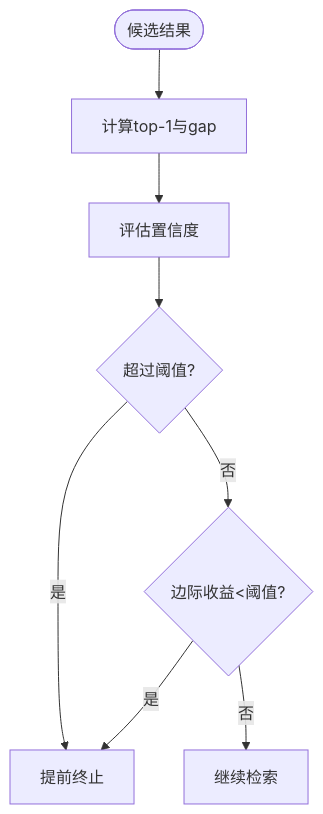
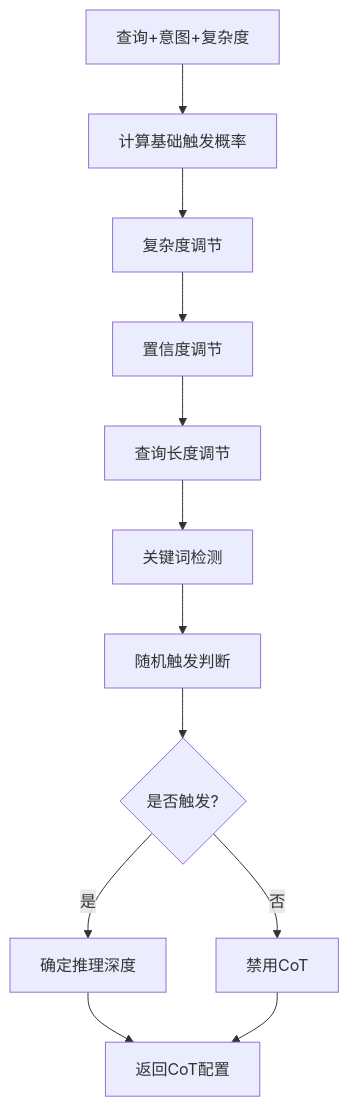
One commit to JieGaoPrinceton/NecoRAG changed the sixth of 10 diagrams in .qoder/repowiki/zh/content/检索引擎模块/检索引擎模块.md. Above: the diagram before and after it, drawn with Mermaid. The commit also changed other lines of this file and 82 other files, not shown here.

````diff
--- a/.qoder/repowiki/zh/content/检索引擎模块/检索引擎模块.md
+++ b/.qoder/repowiki/zh/content/检索引擎模块/检索引擎模块.md
@@ -262,10 +269,14 @@
 ```mermaid
 flowchart TD
-In(["候选结果"]) --> Score["计算top-1与gap"]
-Score --> Conf["评估置信度"]
-Conf --> Th{"超过阈值?"}
-Th --> |是| Stop["提前终止"]
-Th --> |否| Gain{"边际收益<阈值?"}
-Gain --> |是| Stop
-Gain --> |否| Keep["继续检索"]
+A["查询+意图+复杂度"] --> B["计算基础触发概率"]
+B --> C["复杂度调节"]
+C --> D["置信度调节"]
+D --> E["查询长度调节"]
+E --> F["关键词检测"]
+F --> G["随机触发判断"]
+G --> H{"是否触发?"}
+H --> |是| I["确定推理深度"]
+H --> |否| J["禁用CoT"]
+I --> K["返回CoT配置"]
+J --> K
 ```
````
